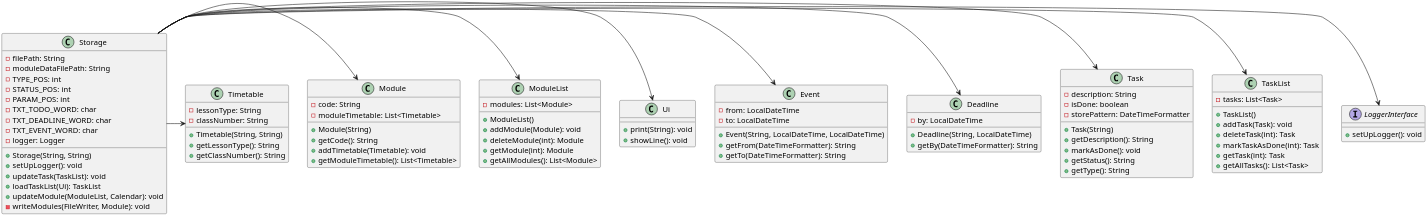
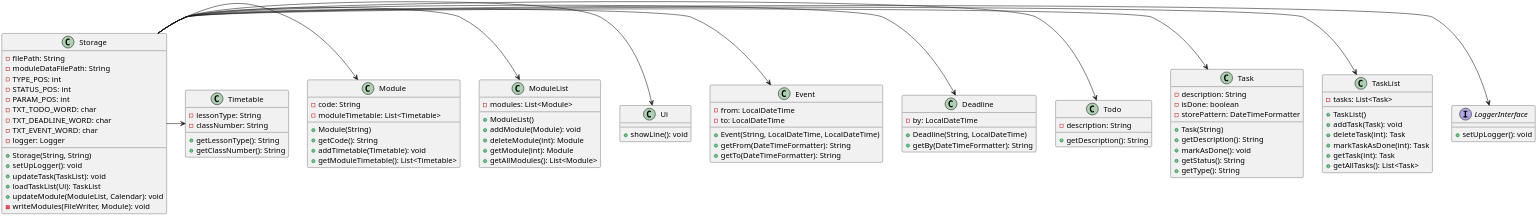
One commit to nus-cs2113-AY2223S2/tp changed the diagram in docs/uml-source/class/Storage.puml. Above: the diagram before and after it, drawn with PlantUML. The commit also changed 1 other file, not shown here.

Commit message:
Edit Storage details

```diff
--- a/docs/uml-source/class/Storage.puml
+++ b/docs/uml-source/class/Storage.puml
@@ -1,111 +1,114 @@
 @startuml
 'https://plantuml.com/class-diagram
 scale 3.0
 
 interface LoggerInterface {
     + setUpLogger(): void
 }
 
 class Storage {
     - filePath: String
     - moduleDataFilePath: String
     - TYPE_POS: int
     - STATUS_POS: int
     - PARAM_POS: int
     - TXT_TODO_WORD: char
     - TXT_DEADLINE_WORD: char
     - TXT_EVENT_WORD: char
     - logger: Logger
 
     + Storage(String, String)
     + setUpLogger(): void
     + updateTask(TaskList): void
     + loadTaskList(Ui): TaskList
     + updateModule(ModuleList, Calendar): void
     - writeModules(FileWriter, Module): void
 }
 
 class TaskList {
     - tasks: List<Task>
 
     + TaskList()
     + addTask(Task): void
     + deleteTask(int): Task
     + markTaskAsDone(int): Task
     + getTask(int): Task
     + getAllTasks(): List<Task>
 }
 
 class Task {
     - description: String
     - isDone: boolean
     - storePattern: DateTimeFormatter
 
     + Task(String)
     + getDescription(): String
     + markAsDone(): void
     + getStatus(): String
     + getType(): String
 }
 
+class Todo {
+- description: String
++getDescription(): String
+}
 class Deadline {
     - by: LocalDateTime
 
     + Deadline(String, LocalDateTime)
     + getBy(DateTimeFormatter): String
 }
 
 class Event {
     - from: LocalDateTime
     - to: LocalDateTime
 
     + Event(String, LocalDateTime, LocalDateTime)
     + getFrom(DateTimeFormatter): String
     + getTo(DateTimeFormatter): String
 }
 
 class Ui {
-    + print(String): void
     + showLine(): void
 }
 
 class ModuleList {
     - modules: List<Module>
 
     + ModuleList()
     + addModule(Module): void
     + deleteModule(int): Module
     + getModule(int): Module
     + getAllModules(): List<Module>
 }
 
 class Module {
     - code: String
     - moduleTimetable: List<Timetable>
 
     + Module(String)
     + getCode(): String
     + addTimetable(Timetable): void
     + getModuleTimetable(): List<Timetable>
 }
 
 class Timetable {
     - lessonType: String
     - classNumber: String
 
-    + Timetable(String, String)
     + getLessonType(): String
     + getClassNumber(): String
 }
 
 Storage -> LoggerInterface
 Storage -> TaskList
 Storage -> Task
+Storage -> Todo
 Storage -> Deadline
 Storage -> Event
 Storage -> Ui
 Storage -> ModuleList
 Storage -> Module
 Storage -> Timetable
 
 @enduml
```
